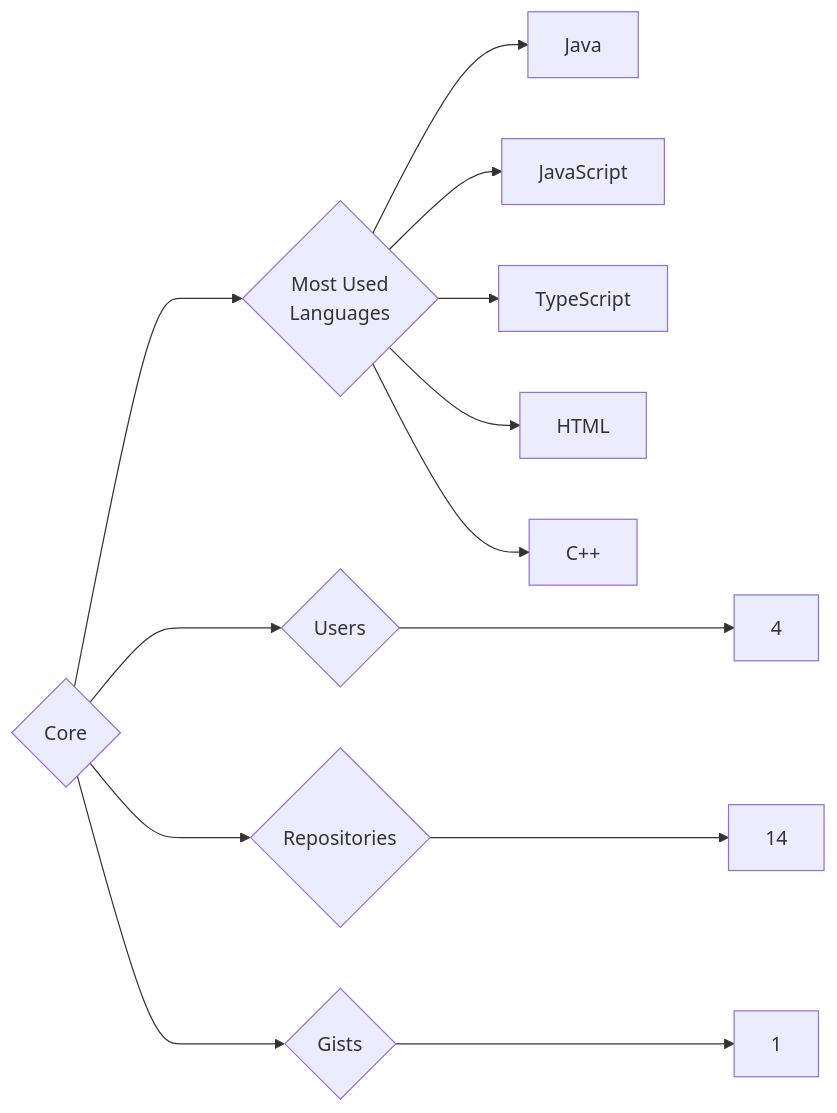
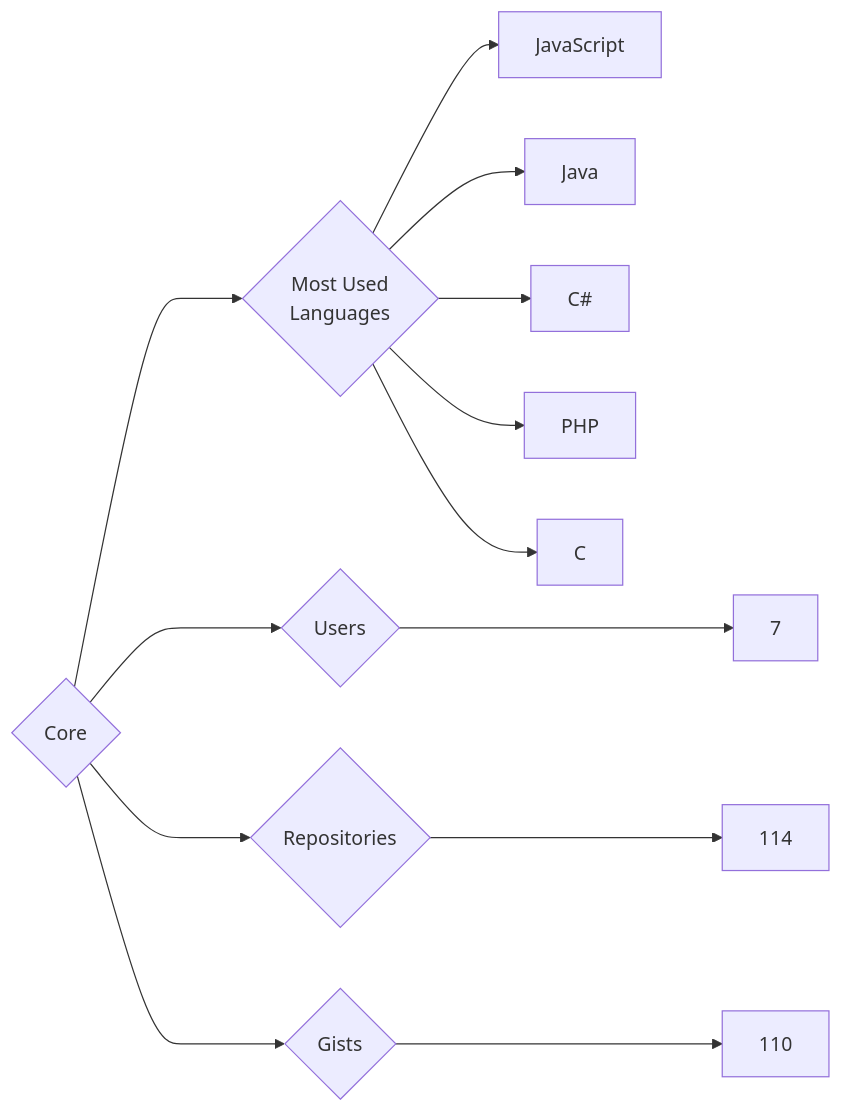
Before and after one commit to trickest/insiders: the diagram in targets/Core/README.md, drawn with Mermaid. The commit also changed 942 other files, not shown here.

````diff
--- a/targets/Core/README.md
+++ b/targets/Core/README.md
@@ -3,13 +3,13 @@
 ```mermaid
 graph LR
 COMPANY_NAME{Core}
-COMPANY_NAME ---> U{Users} ---> UN[4]
-COMPANY_NAME ---> R{Repositories} ---> RN[14]
-COMPANY_NAME ---> G{Gists} ---> GN[1]
+COMPANY_NAME ---> U{Users} ---> UN[7]
+COMPANY_NAME ---> R{Repositories} ---> RN[114]
+COMPANY_NAME ---> G{Gists} ---> GN[110]
 COMPANY_NAME ---> ML{Most Used<br>Languages}
+ML --> JavaScript[JavaScript]
 ML --> Java[Java]
-ML --> JavaScript[JavaScript]
-ML --> TypeScript[TypeScript]
-ML --> HTML[HTML]
-ML --> C++[C++]
+ML --> C#[C#]
+ML --> PHP[PHP]
+ML --> C[C]
 ```
````
